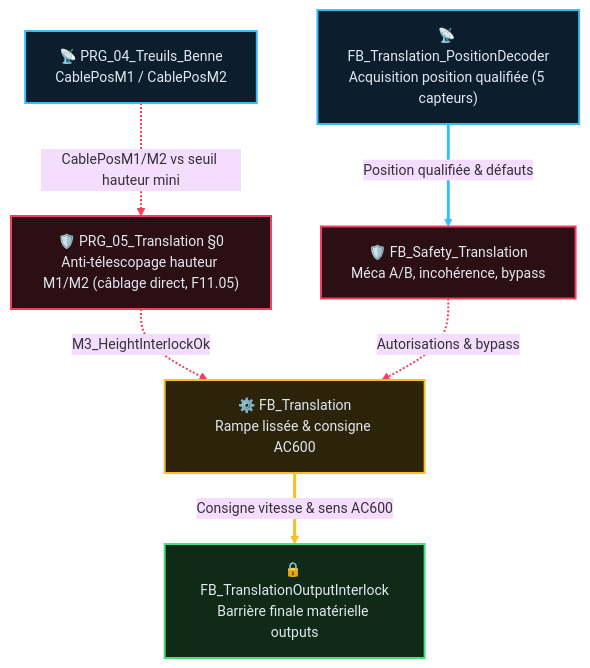
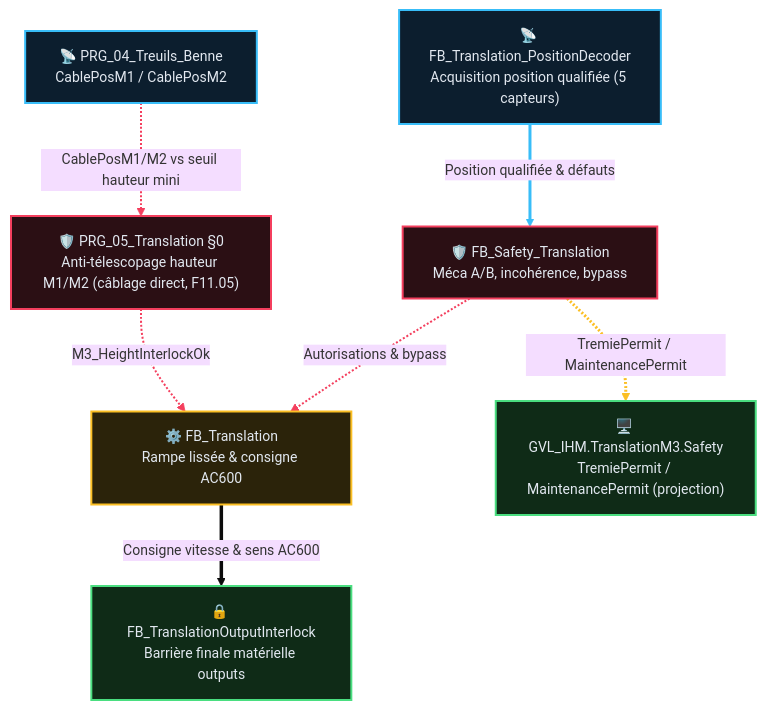
Before and after one commit to MatGros/2026_Projet_YGO_ExcavatriceDragage: the diagram in DOC/AF/AF_Partie-11_Fonction_Translation_v2.3.md, drawn with Mermaid. The commit also changed other lines of this file and 11 other files, not shown here.

````diff
--- a/DOC/AF/AF_Partie-11_Fonction_Translation_v2.3.md
+++ b/DOC/AF/AF_Partie-11_Fonction_Translation_v2.3.md
@@ -219,35 +219,38 @@
 ```mermaid
 %%{init: {'theme':'base', 'themeVariables': {'fontSize':'14px'}}}%%
 flowchart TD
     Pos["📡 FB_Translation_PositionDecoder<br/>Acquisition position qualifiée (5 capteurs)"]
     Height["🛡️ PRG_05_Translation §0<br/>Anti-télescopage hauteur M1/M2 (câblage direct, F11.05)"]
     Safe["🛡️ FB_Safety_Translation<br/>Méca A/B, incohérence, bypass"]
     Move["⚙️ FB_Translation<br/>Rampe lissée & consigne AC600"]
     Out["🔒 FB_TranslationOutputInterlock<br/>Barrière finale matérielle outputs"]
+    IHM["🖥️ GVL_IHM.TranslationM3.Safety<br/>TremiePermit / MaintenancePermit (projection)"]
 
     Treuils["📡 PRG_04_Treuils_Benne<br/>CablePosM1 / CablePosM2"]
 
     Pos ==>|"Position qualifiée & défauts"| Safe
     Treuils -.->|"CablePosM1/M2 vs seuil hauteur mini"| Height
     Height -.->|"M3_HeightInterlockOk"| Move
     Safe -.->|"Autorisations & bypass"| Move
+    Safe -.->|"TremiePermit / MaintenancePermit"| IHM
     Move ==>|"Consigne vitesse & sens AC600"| Out
 
     classDef acq fill:#0c1e2e,stroke:#38bdf8,stroke-width:2px,color:#e2e8f0
     classDef safe fill:#2b0f14,stroke:#f43f5e,stroke-width:2px,color:#e2e8f0
     classDef cmd fill:#2b230a,stroke:#fbbf24,stroke-width:2px,color:#e2e8f0
     classDef outp fill:#0f2b17,stroke:#4ade80,stroke-width:2px,color:#e2e8f0
 
     class Pos acq
     class Treuils acq
     class Height safe
     class Safe safe
     class Move cmd
     class Out outp
+    class IHM outp
 
     linkStyle 0 stroke:#38bdf8,stroke-width:3px
     linkStyle 1 stroke:#f43f5e,stroke-width:2px
     linkStyle 2 stroke:#f43f5e,stroke-width:2px
     linkStyle 3 stroke:#f43f5e,stroke-width:2px
     linkStyle 4 stroke:#fbbf24,stroke-width:3px
 ```
````
